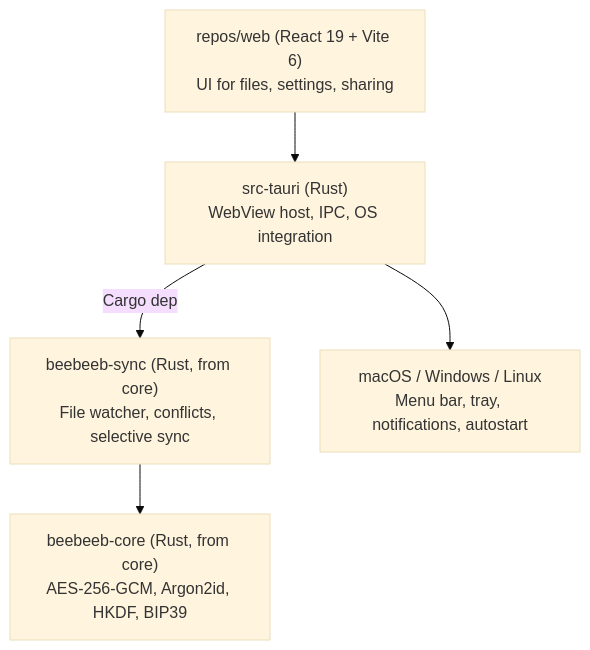
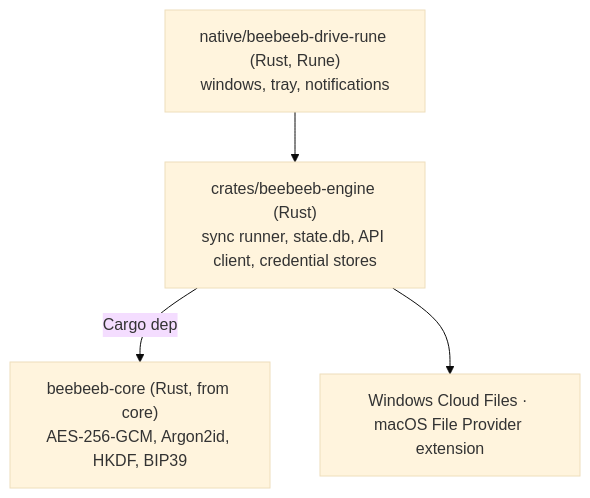
One commit to beebeeb-io/desktop changed the diagram in README.md. Above: the diagram before and after it, drawn with Mermaid (base theme). The commit also changed other lines of this file and 297 other files, not shown here.

First line of the commit message:
Delete Tauri (M3): src-tauri, its CI jobs, release workflow and scripts; docs and comments say what is true now

````diff
--- a/README.md
+++ b/README.md
@@ -139,13 +142,11 @@
 ```mermaid
 graph TD
-    WEB["repos/web (React 19 + Vite 6)<br/>UI for files, settings, sharing"]
-    TAURI["src-tauri (Rust)<br/>WebView host, IPC, OS integration"]
-    SYNC["beebeeb-sync (Rust, from core)<br/>File watcher, conflicts, selective sync"]
+    APP["native/beebeeb-drive-rune (Rust, Rune)<br/>windows, tray, notifications"]
+    ENGINE["crates/beebeeb-engine (Rust)<br/>sync runner, state.db, API client, credential stores"]
     CORE["beebeeb-core (Rust, from core)<br/>AES-256-GCM, Argon2id, HKDF, BIP39"]
-    OS["macOS / Windows / Linux<br/>Menu bar, tray, notifications, autostart"]
+    OS["Windows Cloud Files · macOS File Provider extension"]
 
-    WEB --> TAURI
-    TAURI -- "Cargo dep" --> SYNC
-    SYNC --> CORE
-    TAURI --> OS
+    APP --> ENGINE
+    ENGINE -- "Cargo dep" --> CORE
+    ENGINE --> OS
 ```
````
